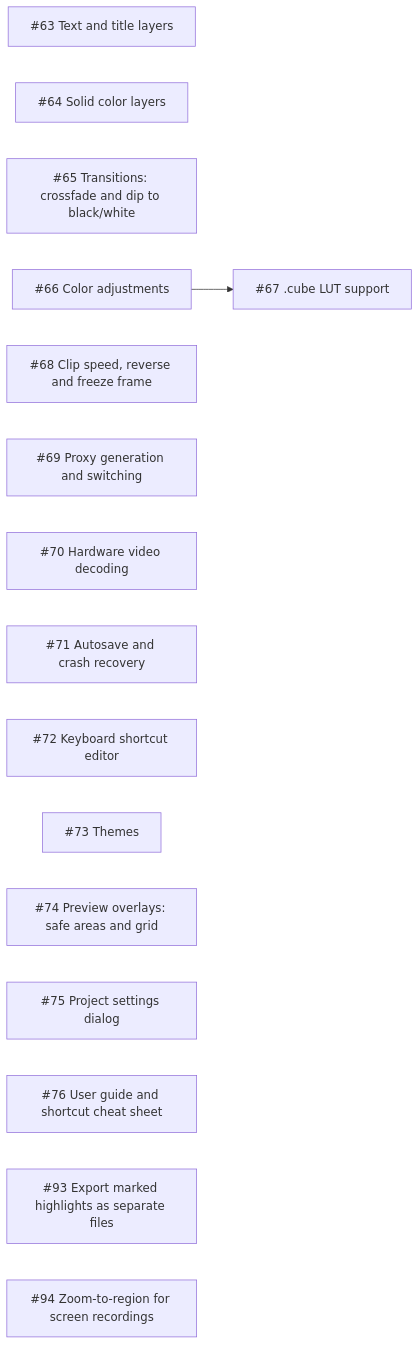
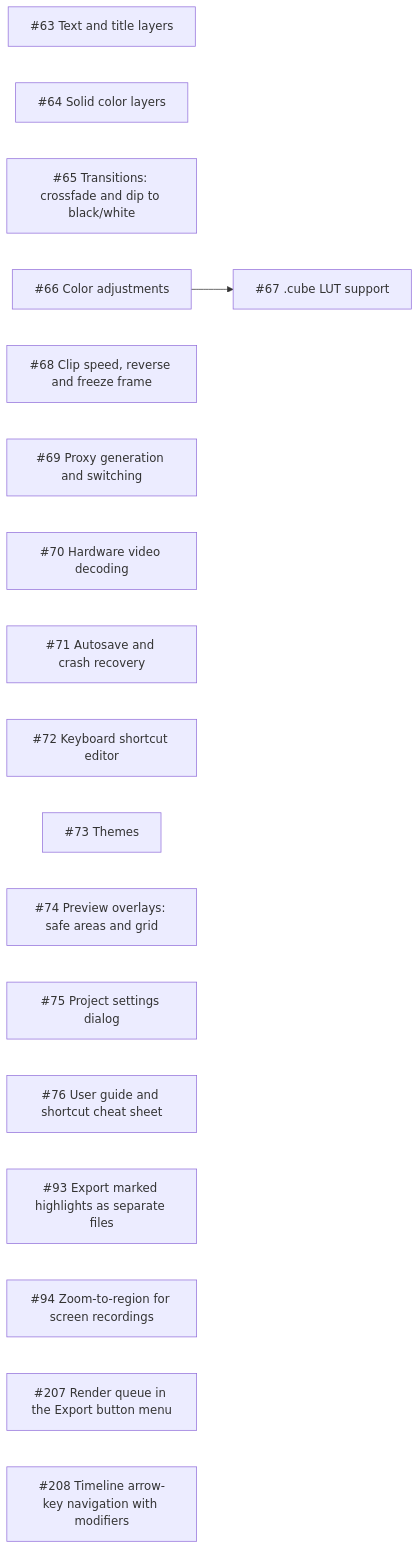
One commit to jarradbanks/jvid changed the sixth of 7 diagrams in docs/ROADMAP.md. Above: the diagram before and after it, drawn with Mermaid. The commit also changed other lines of this file and 2 other files, not shown here.

Commit message:
Roadmap: render queue menu, arrow navigation

````diff
--- a/docs/ROADMAP.md
+++ b/docs/ROADMAP.md
@@ -350,20 +350,22 @@
 ```mermaid
 flowchart LR
   text["#35;63 Text and title layers"]
   solids["#35;64 Solid color layers"]
   transitions["#35;65 Transitions: crossfade and dip to black/white"]
   color["#35;66 Color adjustments"]
   lut["#35;67 .cube LUT support"]
   speed["#35;68 Clip speed, reverse and freeze frame"]
   proxies["#35;69 Proxy generation and switching"]
   hw_decode["#35;70 Hardware video decoding"]
   autosave["#35;71 Autosave and crash recovery"]
   keymap_editor["#35;72 Keyboard shortcut editor"]
   themes["#35;73 Themes"]
   overlays["#35;74 Preview overlays: safe areas and grid"]
   project_settings["#35;75 Project settings dialog"]
   user_docs["#35;76 User guide and shortcut cheat sheet"]
   batch_highlights["#35;93 Export marked highlights as separate files"]
   zoom_region["#35;94 Zoom-to-region for screen recordings"]
+  render_queue_menu["#35;207 Render queue in the Export button menu"]
+  timeline_arrow_nav["#35;208 Timeline arrow-key navigation with modifiers"]
   color --> lut
 ```
````
